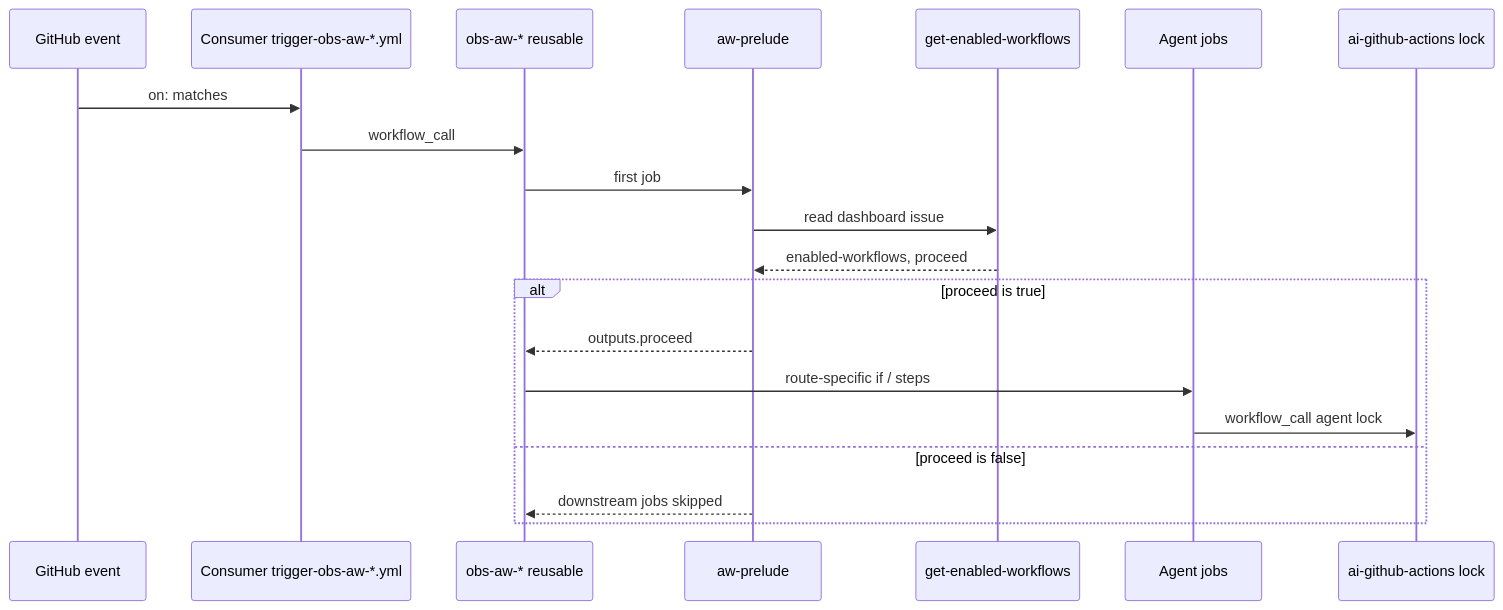
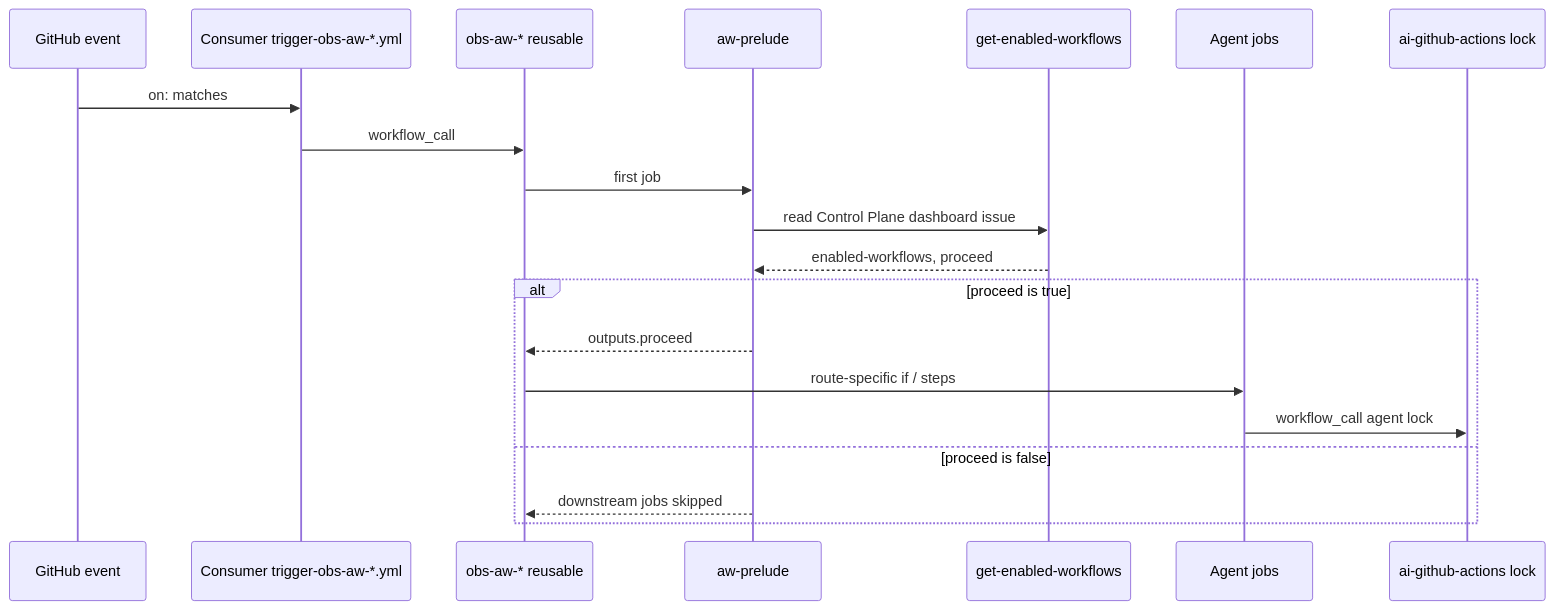
Before and after one commit to elastic/oblt-aw: the third of 4 diagrams in docs/architecture/overview.md, drawn with Mermaid. The commit also changed other lines of this file and 68 other files, not shown here.

First line of the commit message:
docs: clarify framework vs control plane terminology

````diff
--- a/docs/architecture/overview.md
+++ b/docs/architecture/overview.md
@@ -115,23 +115,23 @@
 ```mermaid
 sequenceDiagram
   participant GH as GitHub event
   participant Client as Consumer trigger-obs-aw-*.yml
   participant Reuse as obs-aw-* reusable
   participant Prelude as aw-prelude
   participant GET as get-enabled-workflows
   participant Agent as Agent jobs
   participant Up as ai-github-actions lock
 
   GH->>Client: on: matches
   Client->>Reuse: workflow_call
   Reuse->>Prelude: first job
-  Prelude->>GET: read dashboard issue
+  Prelude->>GET: read Control Plane dashboard issue
   GET-->>Prelude: enabled-workflows, proceed
   alt proceed is true
     Prelude-->>Reuse: outputs.proceed
     Reuse->>Agent: route-specific if / steps
     Agent->>Up: workflow_call agent lock
   else proceed is false
     Prelude-->>Reuse: downstream jobs skipped
   end
 ```
````
